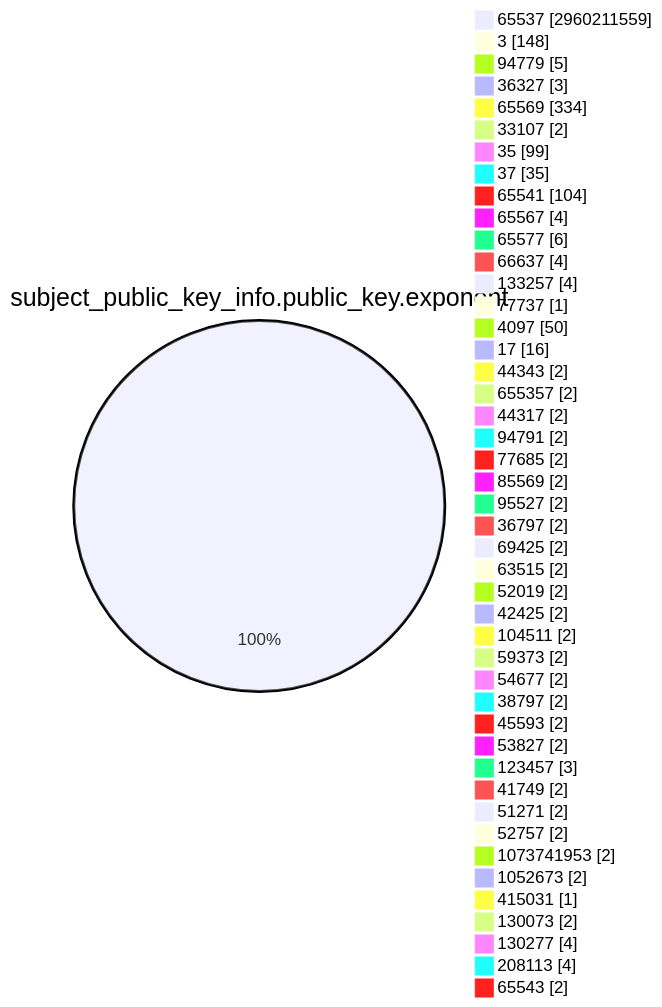
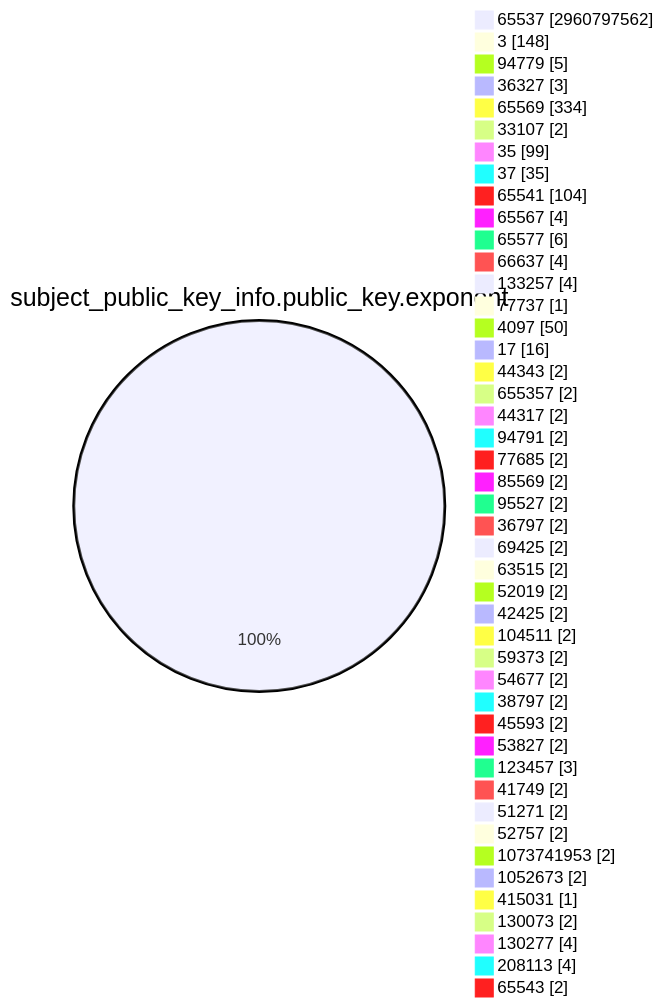
One commit to christiankrug/ctmonitor_visualization changed the fourth of 15 diagrams in TOTAL/README.md. Above: the diagram before and after it, drawn with Mermaid. The commit also changed other lines of this file, not shown here.

````diff
--- a/TOTAL/README.md
+++ b/TOTAL/README.md
@@ -1471,49 +1471,49 @@
 ```mermaid
 pie showData
 title subject_public_key_info.public_key.exponent
-"65537" :2960211559
+"65537" :2960797562
 "3" :148
 "94779" :5
 "36327" :3
 "65569" :334
 "33107" :2
 "35" :99
 "37" :35
 "65541" :104
 "65567" :4
 "65577" :6
 "66637" :4
 "133257" :4
 "77737" :1
 "4097" :50
 "17" :16
 "44343" :2
 "655357" :2
 "44317" :2
 "94791" :2
 "77685" :2
 "85569" :2
 "95527" :2
 "36797" :2
 "69425" :2
 "63515" :2
 "52019" :2
 "42425" :2
 "104511" :2
 "59373" :2
 "54677" :2
 "38797" :2
 "45593" :2
 "53827" :2
 "123457" :3
 "41749" :2
 "51271" :2
 "52757" :2
 "1073741953" :2
 "1052673" :2
 "415031" :1
 "130073" :2
 "130277" :4
 "208113" :4
 "65543" :2
 ```
````
